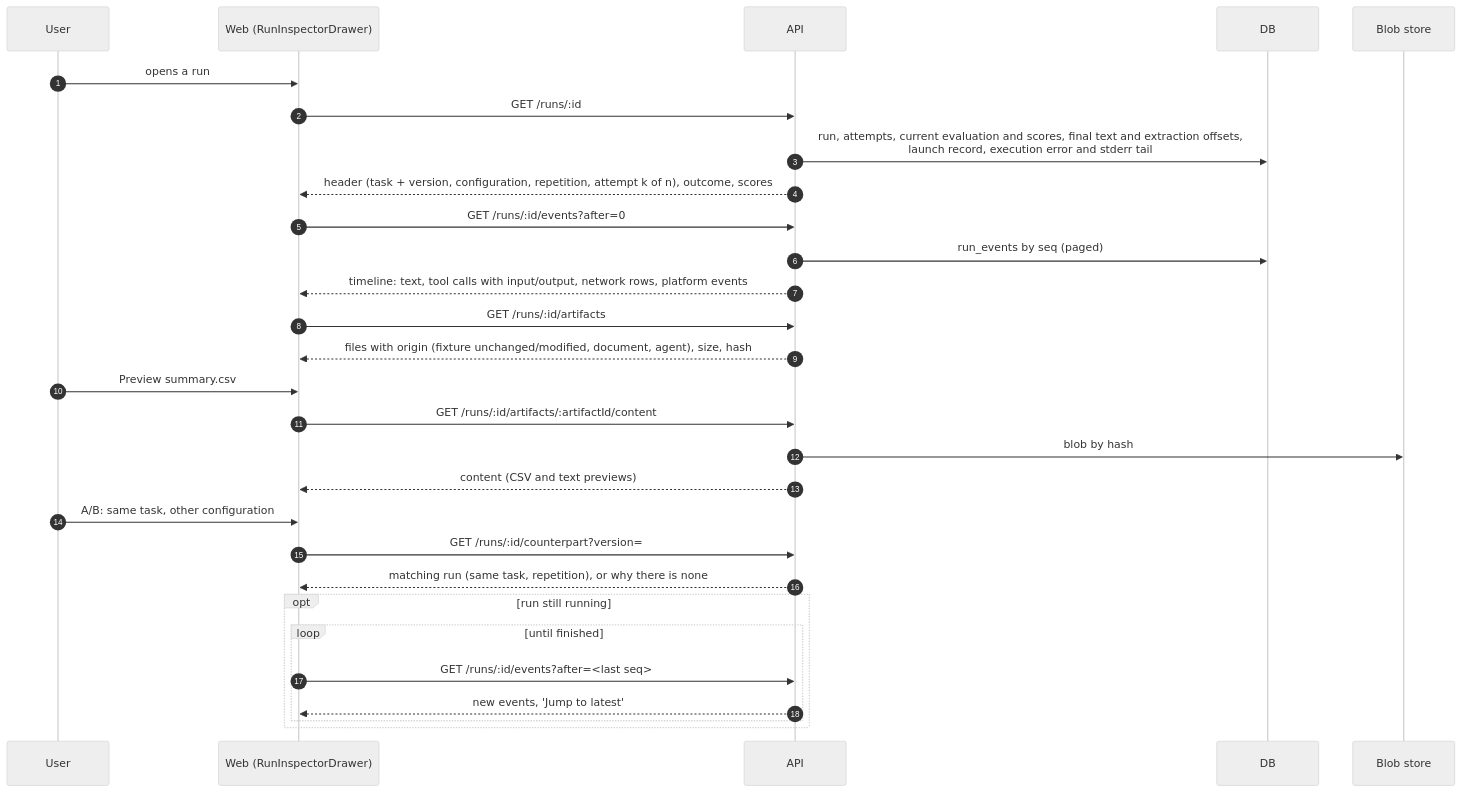
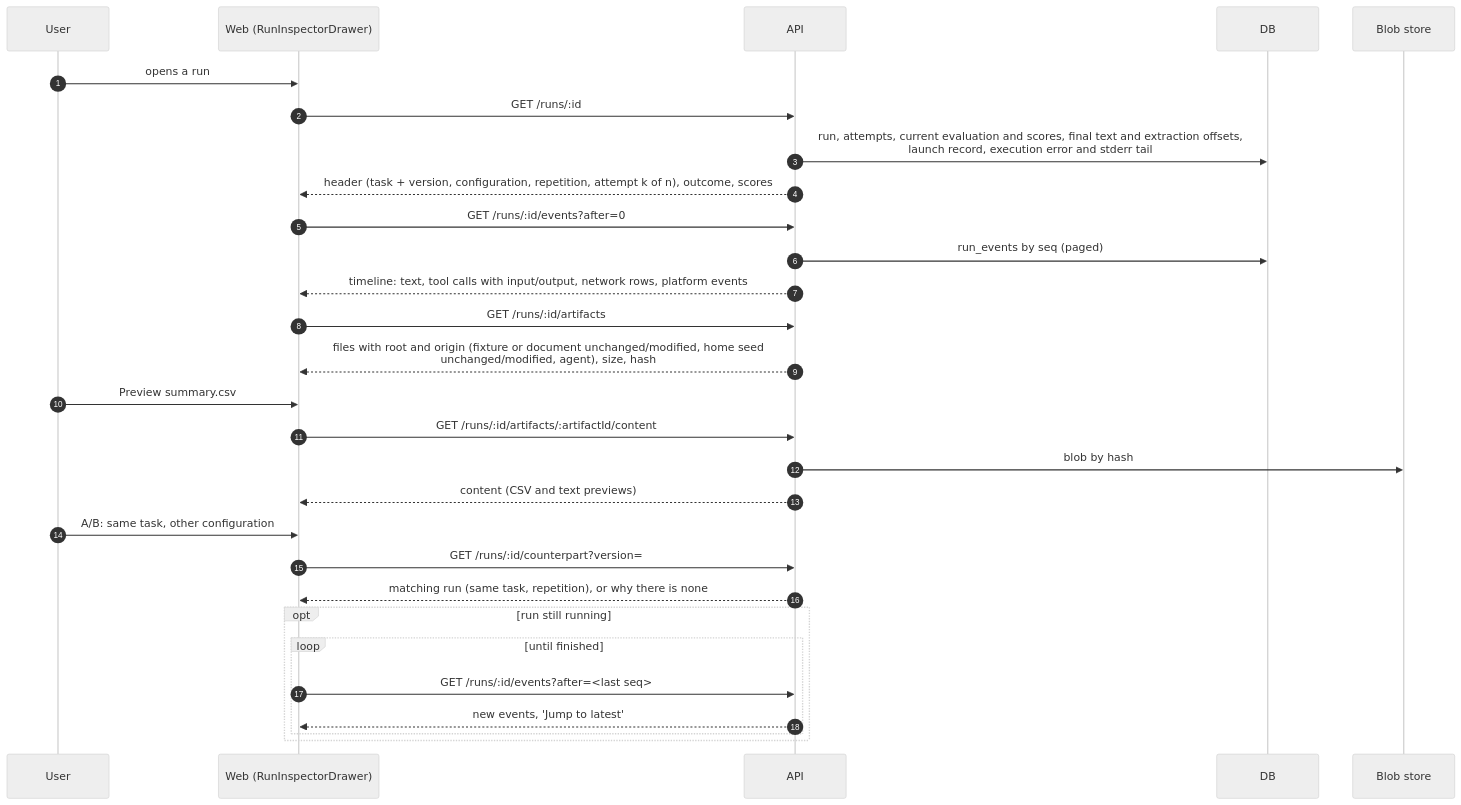
Diagram 38 of 38 in UI_FLOWS.md (sasuke007/hermes-evals), drawn with Mermaid (neutral theme) before and after one commit. The commit also changed other lines of this file and 256 other files, not shown here.

````diff
--- a/UI_FLOWS.md
+++ b/UI_FLOWS.md
@@ -1382,32 +1400,32 @@
 ```mermaid
 sequenceDiagram
   autonumber
   participant U as User
   participant W as Web (RunInspectorDrawer)
   participant A as API
   participant DB as DB
   participant B as Blob store
 
   U->>W: opens a run
   W->>A: GET /runs/:id
   A->>DB: run, attempts, current evaluation and scores, final text and extraction offsets,<br/>launch record, execution error and stderr tail
   A-->>W: header (task + version, configuration, repetition, attempt k of n), outcome, scores
   W->>A: GET /runs/:id/events?after=0
   A->>DB: run_events by seq (paged)
   A-->>W: timeline: text, tool calls with input/output, network rows, platform events
   W->>A: GET /runs/:id/artifacts
-  A-->>W: files with origin (fixture unchanged/modified, document, agent), size, hash
+  A-->>W: files with root and origin (fixture or document unchanged/modified, home seed<br/>unchanged/modified, agent), size, hash
   U->>W: Preview summary.csv
   W->>A: GET /runs/:id/artifacts/:artifactId/content
   A->>B: blob by hash
   A-->>W: content (CSV and text previews)
   U->>W: A/B: same task, other configuration
   W->>A: GET /runs/:id/counterpart?version=
   A-->>W: matching run (same task, repetition), or why there is none
   opt run still running
     loop until finished
       W->>A: GET /runs/:id/events?after=<last seq>
       A-->>W: new events, 'Jump to latest'
     end
   end
 ```
````
